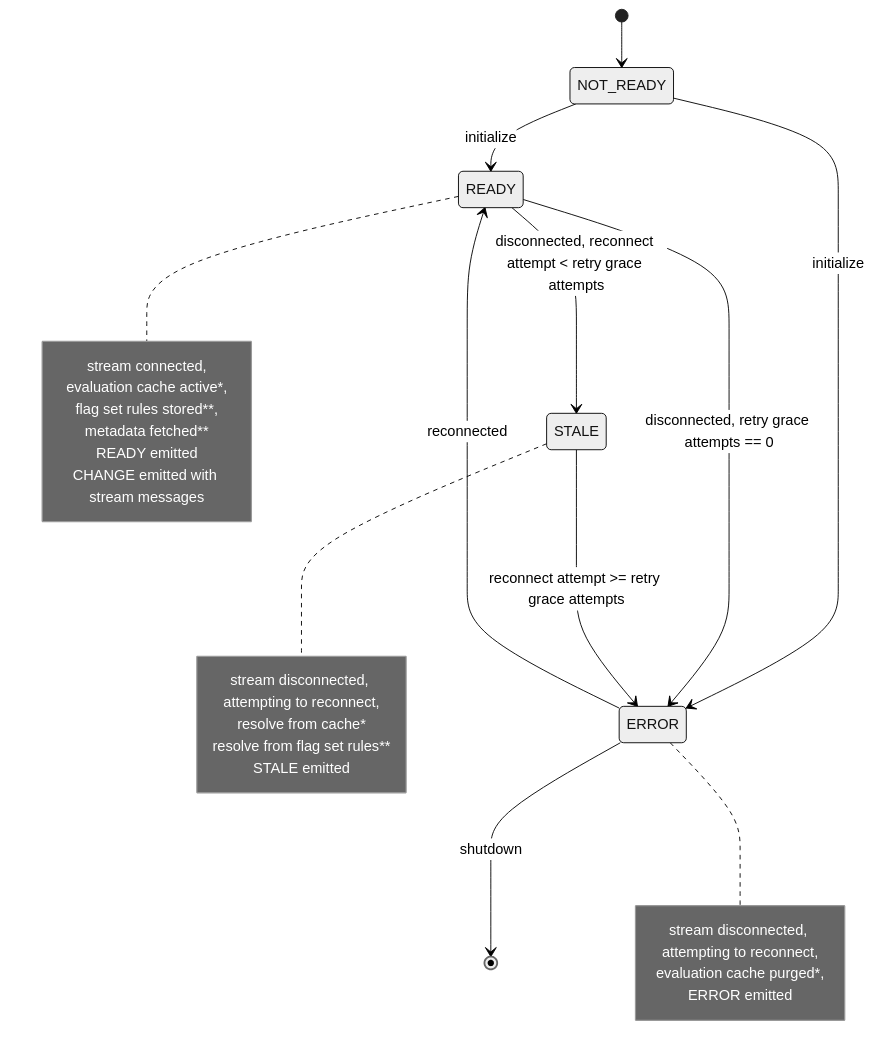
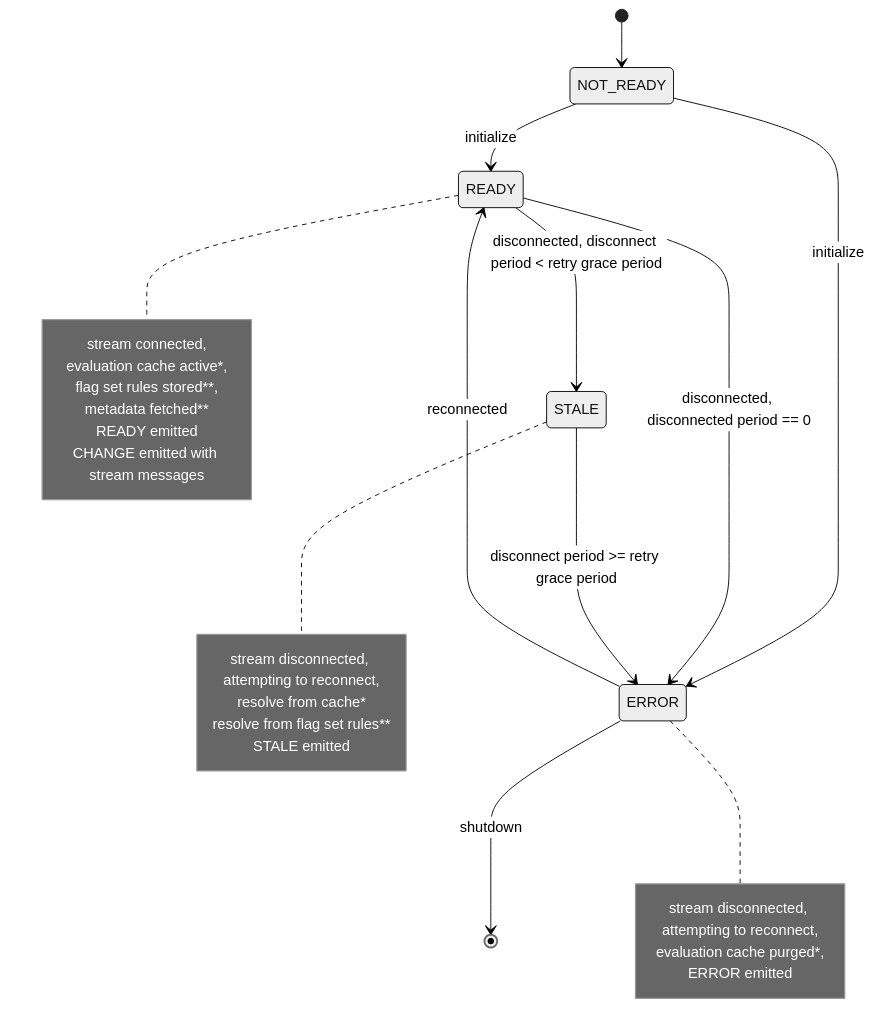
Before and after one commit to open-feature/flagd: the diagram in docs/reference/specifications/providers.md, drawn with Mermaid (neutral theme). The commit also changed other lines of this file, not shown here.

Commit message:
feat(spec): from grace attempts to grace period, plus connection info

````diff
--- a/docs/reference/specifications/providers.md
+++ b/docs/reference/specifications/providers.md
@@ -56,36 +56,36 @@
 ```mermaid
 stateDiagram-v2
     [*] --> NOT_READY
     NOT_READY --> READY: initialize
     NOT_READY --> ERROR: initialize
-    READY --> ERROR: disconnected, retry grace attempts == 0
-    READY --> STALE: disconnected, reconnect attempt < retry grace attempts
-    STALE --> ERROR: reconnect attempt >= retry grace attempts
+    READY --> ERROR: disconnected, disconnected period == 0
+    READY --> STALE: disconnected, disconnect period < retry grace period
+    STALE --> ERROR: disconnect period >= retry grace period
     ERROR --> READY: reconnected
     ERROR --> [*]: shutdown
 
     note right of STALE
         stream disconnected, attempting to reconnect,
         resolve from cache*
         resolve from flag set rules**
         STALE emitted
     end note
 
     note right of READY
         stream connected,
         evaluation cache active*,
         flag set rules stored**,
         metadata fetched**
         READY emitted
         CHANGE emitted with stream messages
     end note
 
     note right of ERROR
         stream disconnected, attempting to reconnect,
         evaluation cache purged*,
         ERROR emitted
     end note
 
 %% * RPC providers only
 %% ** In-Process providers only
 ```
````
